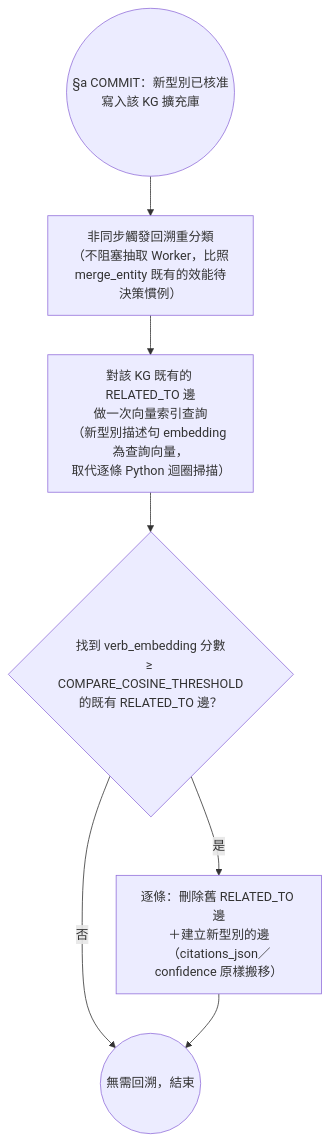
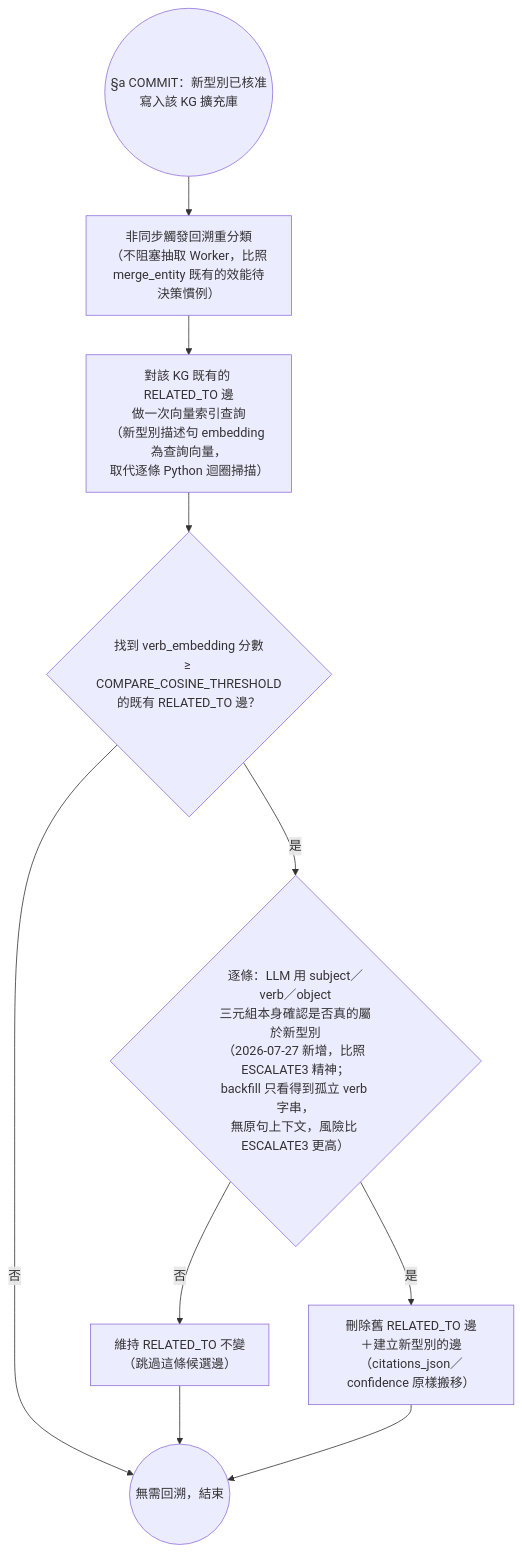
One commit to Chester930/world-knowledge-graph-rag changed the seventh of 16 diagrams in docs/論文/03_系統設計與方法論.md. Above: the diagram before and after it, drawn with Mermaid. The commit also changed other lines of this file and 4 other files, not shown here.

First line of the commit message:
feat(svo): BACKFILL 新增 LLM 確認關卡，避免純 cosine 分數就回溯改寫既有邊

````diff
--- a/docs/論文/03_系統設計與方法論.md
+++ b/docs/論文/03_系統設計與方法論.md
@@ -354,9 +354,12 @@
 ```mermaid
 flowchart TD
     COMMITTED(("§a COMMIT：新型別已核准<br/>寫入該 KG 擴充庫")) --> BACKFILLTRIGGER["非同步觸發回溯重分類<br/>（不阻塞抽取 Worker，比照<br/>merge_entity 既有的效能待決策慣例）"]
     BACKFILLTRIGGER --> QUERYIDX["對該 KG 既有的 RELATED_TO 邊<br/>做一次向量索引查詢<br/>（新型別描述句 embedding 為查詢向量，<br/>取代逐條 Python 迴圈掃描）"]
     QUERYIDX --> MATCHED{"找到 verb_embedding 分數<br/>≥ COMPARE_COSINE_THRESHOLD<br/>的既有 RELATED_TO 邊？"}
     MATCHED -->|否| BFDONE(("無需回溯，結束"))
-    MATCHED -->|是| REWRITE["逐條：刪除舊 RELATED_TO 邊<br/>＋建立新型別的邊<br/>（citations_json／confidence 原樣搬移）"]
+    MATCHED -->|是| LLMCONFIRM{"逐條：LLM 用 subject／verb／object<br/>三元組本身確認是否真的屬於新型別<br/>（2026-07-27 新增，比照 ESCALATE3 精神；<br/>backfill 只看得到孤立 verb 字串，<br/>無原句上下文，風險比 ESCALATE3 更高）"}
+    LLMCONFIRM -->|否| SKIP["維持 RELATED_TO 不變<br/>（跳過這條候選邊）"]
+    LLMCONFIRM -->|是| REWRITE["刪除舊 RELATED_TO 邊<br/>＋建立新型別的邊<br/>（citations_json／confidence 原樣搬移）"]
+    SKIP --> BFDONE
     REWRITE --> BFDONE
 ```
````
